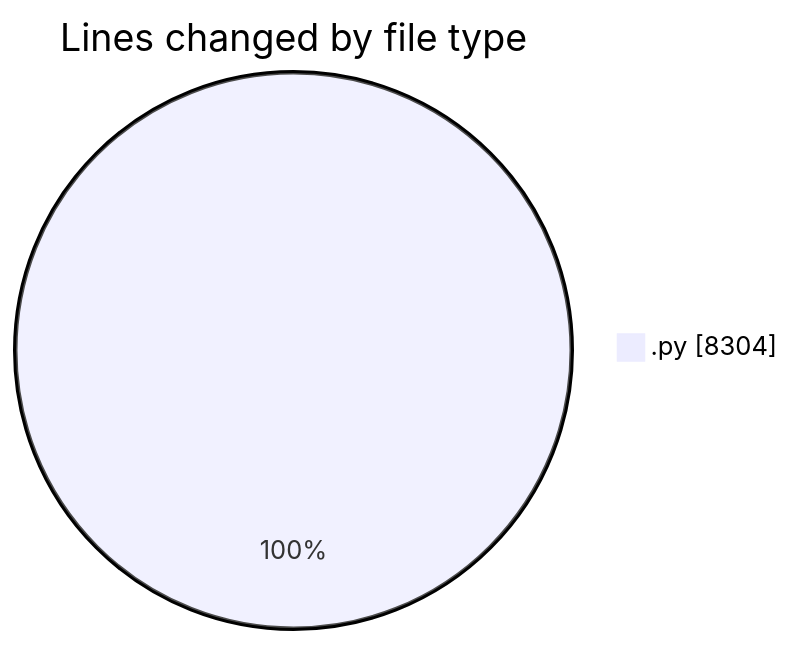
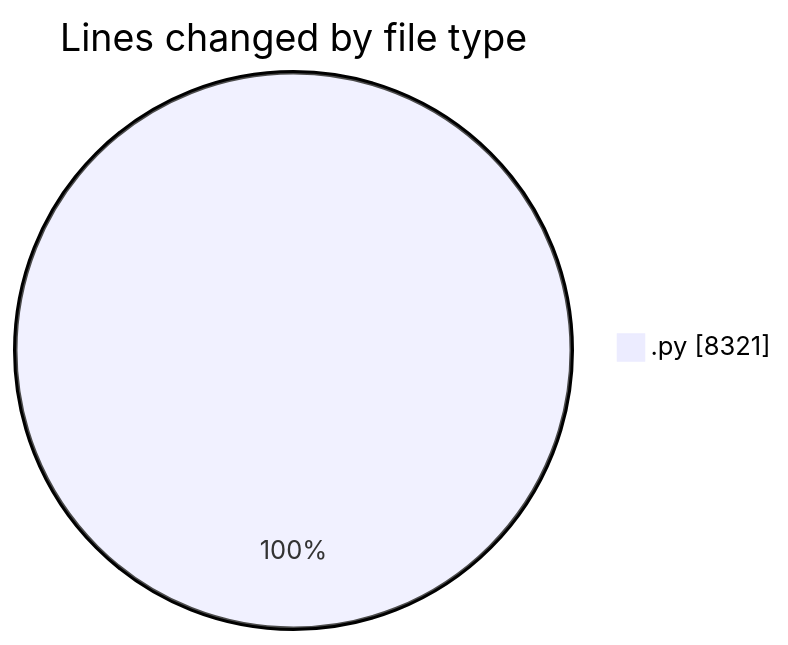
Before and after one commit to MatusMokan/code-tracking: the first of 2 diagrams in 2025-04-18/myws__workspace_/README.md, drawn with Mermaid. The commit also changed other lines of this file and 1 other file, not shown here.

````diff
--- a/2025-04-18/myws__workspace_/README.md
+++ b/2025-04-18/myws__workspace_/README.md
@@ -28,5 +28,5 @@
 ```mermaid
 pie showData
 title Lines changed by file type
-".py" : 8304
+".py" : 8321
 ```
````
